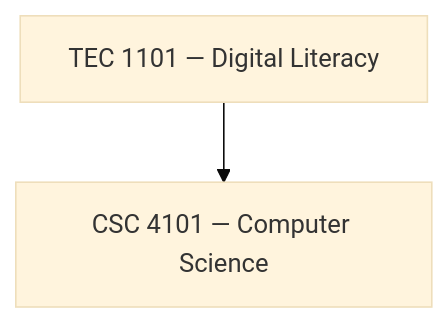
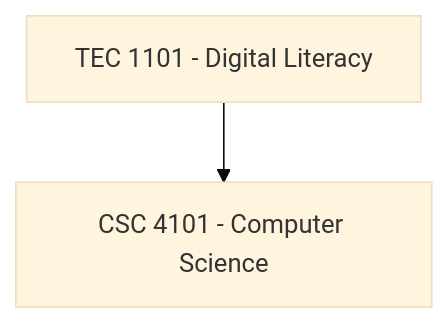
Before and after one commit to RIAHPathway/Website-Draft: diagram 14 of 29 in RIAH-PATHWAY-CURRICULUM-STRUCTURE/RIAH-PATHWAY-HIGH-SCHOOL-STRUCTURE/HIGH-SCHOOL-STRUCTURE.md, drawn with Mermaid (base theme). The commit also changed other lines of this file, not shown here.

Commit message:
Repair High School Mermaid rendering compatibility

````diff
--- a/RIAH-PATHWAY-CURRICULUM-STRUCTURE/RIAH-PATHWAY-HIGH-SCHOOL-STRUCTURE/HIGH-SCHOOL-STRUCTURE.md
+++ b/RIAH-PATHWAY-CURRICULUM-STRUCTURE/RIAH-PATHWAY-HIGH-SCHOOL-STRUCTURE/HIGH-SCHOOL-STRUCTURE.md
@@ -674,6 +674,6 @@
 ```mermaid
-flowchart TD
-    N0["TEC 1101 — Digital Literacy"]
-    N1["CSC 4101 — Computer Science"]
+graph TD
+    N0["TEC 1101 - Digital Literacy"]
+    N1["CSC 4101 - Computer Science"]
     N0 --> N1
 ```
````
